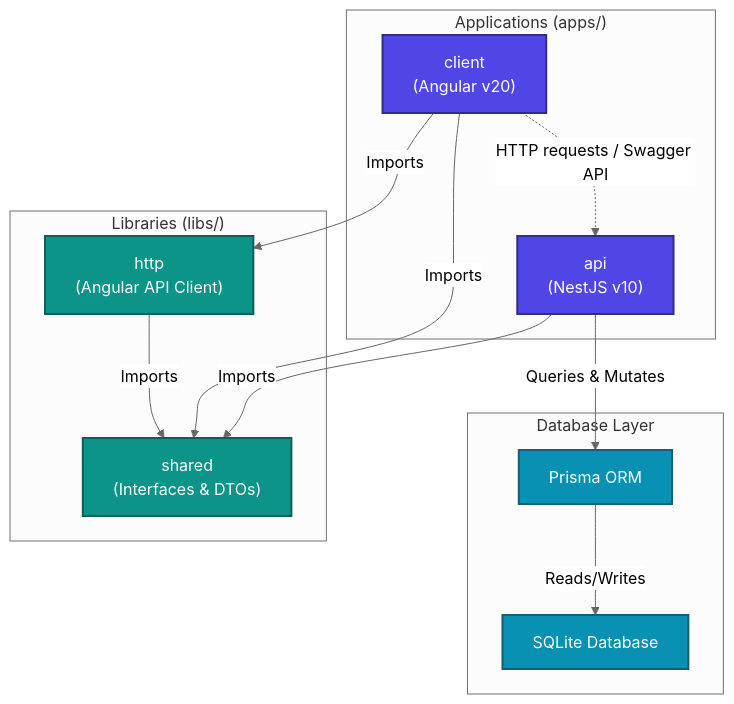
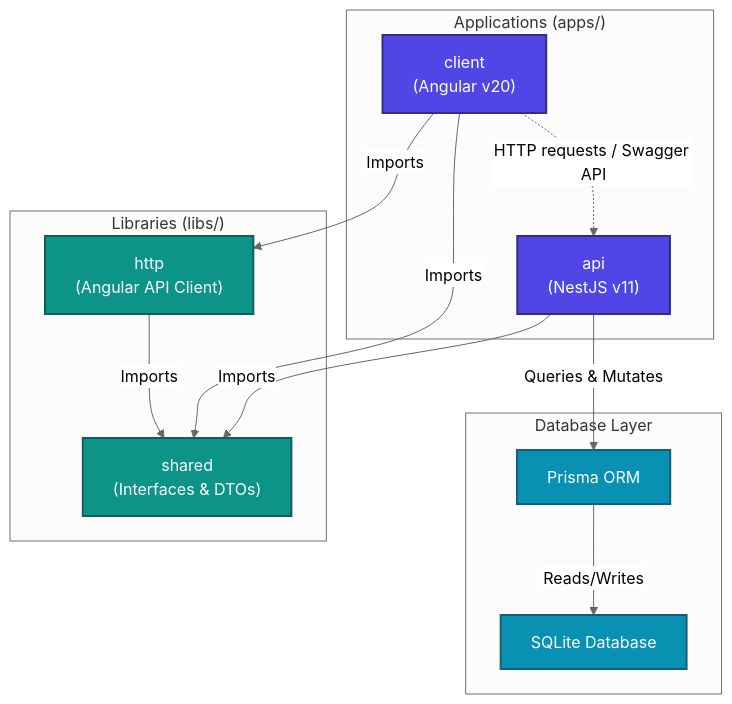
The diagram in README.md (maks1D/hackathon_gdg), drawn with Mermaid (neutral theme) before and after one commit. The commit also changed other lines of this file and 18 other files, not shown here.

````diff
--- a/README.md
+++ b/README.md
@@ -57,37 +57,37 @@
 ```mermaid
 graph TD
     subgraph Apps ["Applications (apps/)"]
         client["client<br/>(Angular v20)"]
-        api["api<br/>(NestJS v10)"]
+        api["api<br/>(NestJS v11)"]
     end
 
     subgraph Libs ["Libraries (libs/)"]
         http_lib["http<br/>(Angular API Client)"]
         shared_lib["shared<br/>(Interfaces & DTOs)"]
     end
 
     subgraph DB ["Database Layer"]
         prisma["Prisma ORM"]
         sqlite["SQLite Database"]
     end
 
     %% Dependencies (Nx Dependency Graph)
     client -->|Imports| http_lib
     client -->|Imports| shared_lib
     http_lib -->|Imports| shared_lib
     api -->|Imports| shared_lib
 
     %% Communication
     client -.->|HTTP requests / Swagger API| api
     api -->|Queries & Mutates| prisma
     prisma -->|Reads/Writes| sqlite
 
     %% Styles
     classDef app fill:#4f46e5,stroke:#312e81,color:#fff,stroke-width:2px;
     classDef lib fill:#0d9488,stroke:#115e59,color:#fff,stroke-width:2px;
     classDef db fill:#0891b2,stroke:#155e75,color:#fff,stroke-width:2px;
 
     class client,api app;
     class http_lib,shared_lib lib;
     class prisma,sqlite db;
 ```
````
